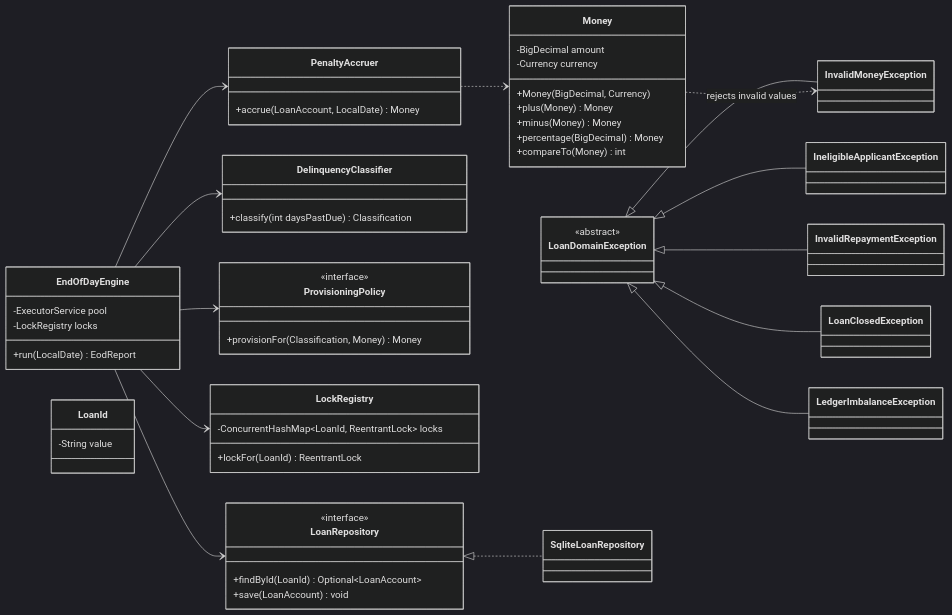
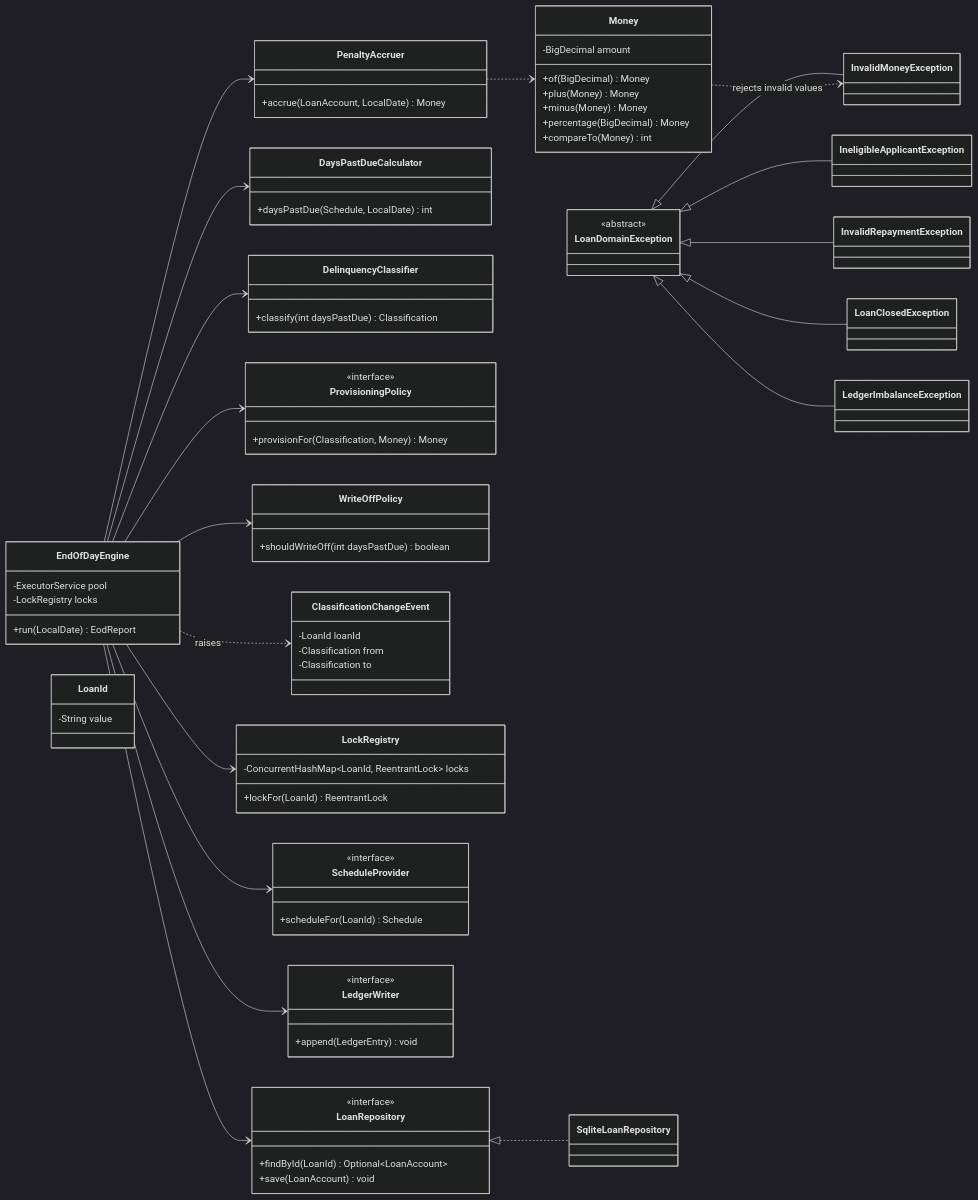
One commit to MicroLend-SE423/microlend changed the third of 5 diagrams in docs/M1-SE423-Proposal-OOD-Pattern-Plan.md. Above: the diagram before and after it, drawn with Mermaid (dark theme). The commit also changed other lines of this file, not shown here.

```diff
--- a/docs/M1-SE423-Proposal-OOD-Pattern-Plan.md
+++ b/docs/M1-SE423-Proposal-OOD-Pattern-Plan.md
@@ -306,6 +344,9 @@
     class PenaltyAccruer {
         +accrue(LoanAccount, LocalDate) Money
     }
+    class DaysPastDueCalculator {
+        +daysPastDue(Schedule, LocalDate) int
+    }
     class DelinquencyClassifier {
         +classify(int daysPastDue) Classification
     }
@@ -313,15 +354,30 @@
         <<interface>>
         +provisionFor(Classification, Money) Money
     }
+    class WriteOffPolicy {
+        +shouldWriteOff(int daysPastDue) boolean
+    }
+    class ClassificationChangeEvent {
+        -LoanId loanId
+        -Classification from
+        -Classification to
+    }
     class LockRegistry {
         -ConcurrentHashMap~LoanId, ReentrantLock~ locks
         +lockFor(LoanId) ReentrantLock
     }
+    class ScheduleProvider {
+        <<interface>>
+        +scheduleFor(LoanId) Schedule
+    }
+    class LedgerWriter {
+        <<interface>>
+        +append(LedgerEntry) void
+    }
 
     class Money {
         -BigDecimal amount
-        -Currency currency
-        +Money(BigDecimal, Currency)
+        +of(BigDecimal)$ Money
         +plus(Money) Money
         +minus(Money) Money
         +percentage(BigDecimal) Money
@@ -347,10 +403,15 @@
     class SqliteLoanRepository
 
     EndOfDayEngine --> PenaltyAccruer
+    EndOfDayEngine --> DaysPastDueCalculator
     EndOfDayEngine --> DelinquencyClassifier
     EndOfDayEngine --> ProvisioningPolicy
+    EndOfDayEngine --> WriteOffPolicy
     EndOfDayEngine --> LockRegistry
     EndOfDayEngine --> LoanRepository
+    EndOfDayEngine --> ScheduleProvider
+    EndOfDayEngine --> LedgerWriter
+    EndOfDayEngine ..> ClassificationChangeEvent : raises
 
     LoanDomainException <|-- IneligibleApplicantException
     LoanDomainException <|-- InvalidRepaymentException
```
